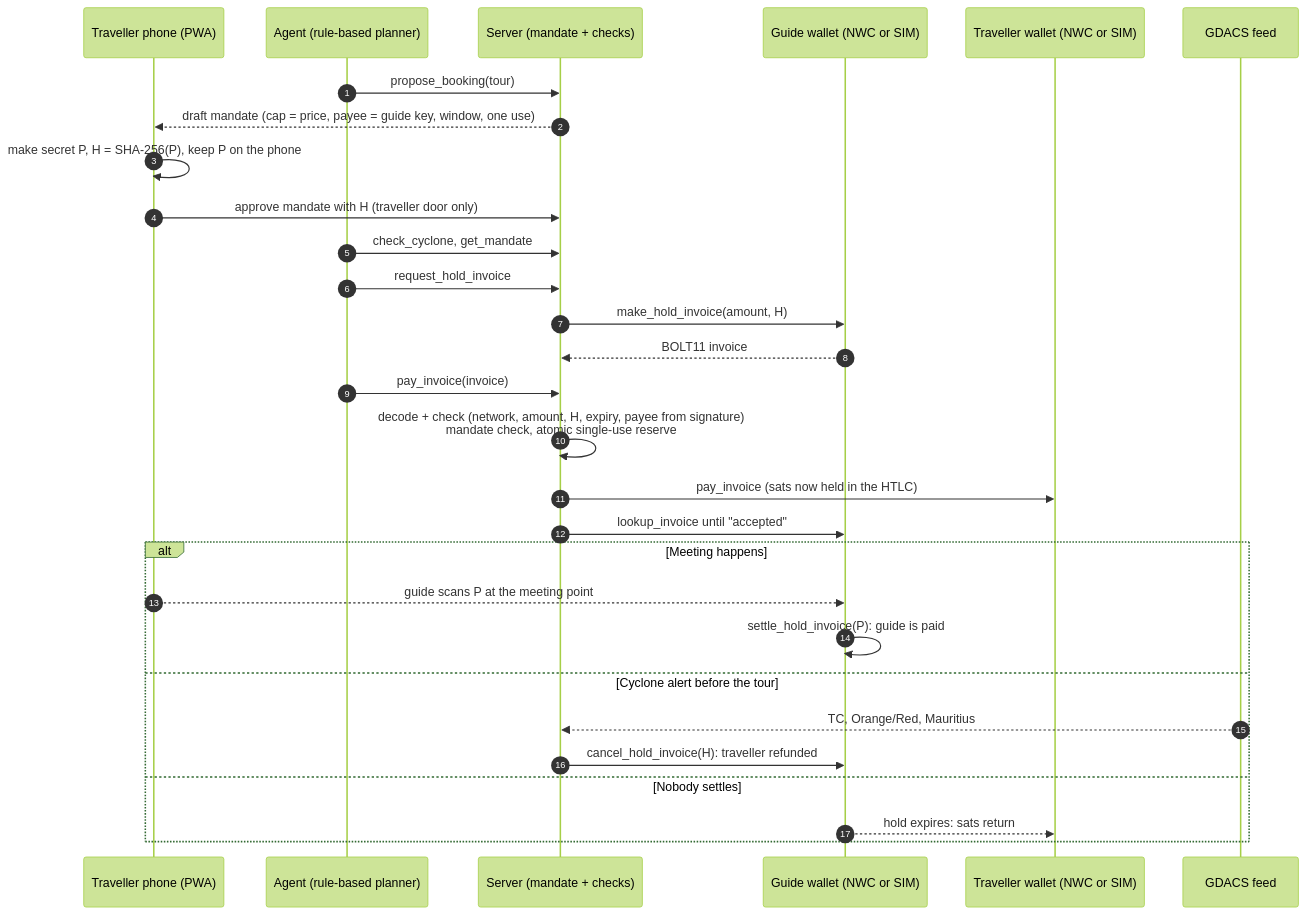
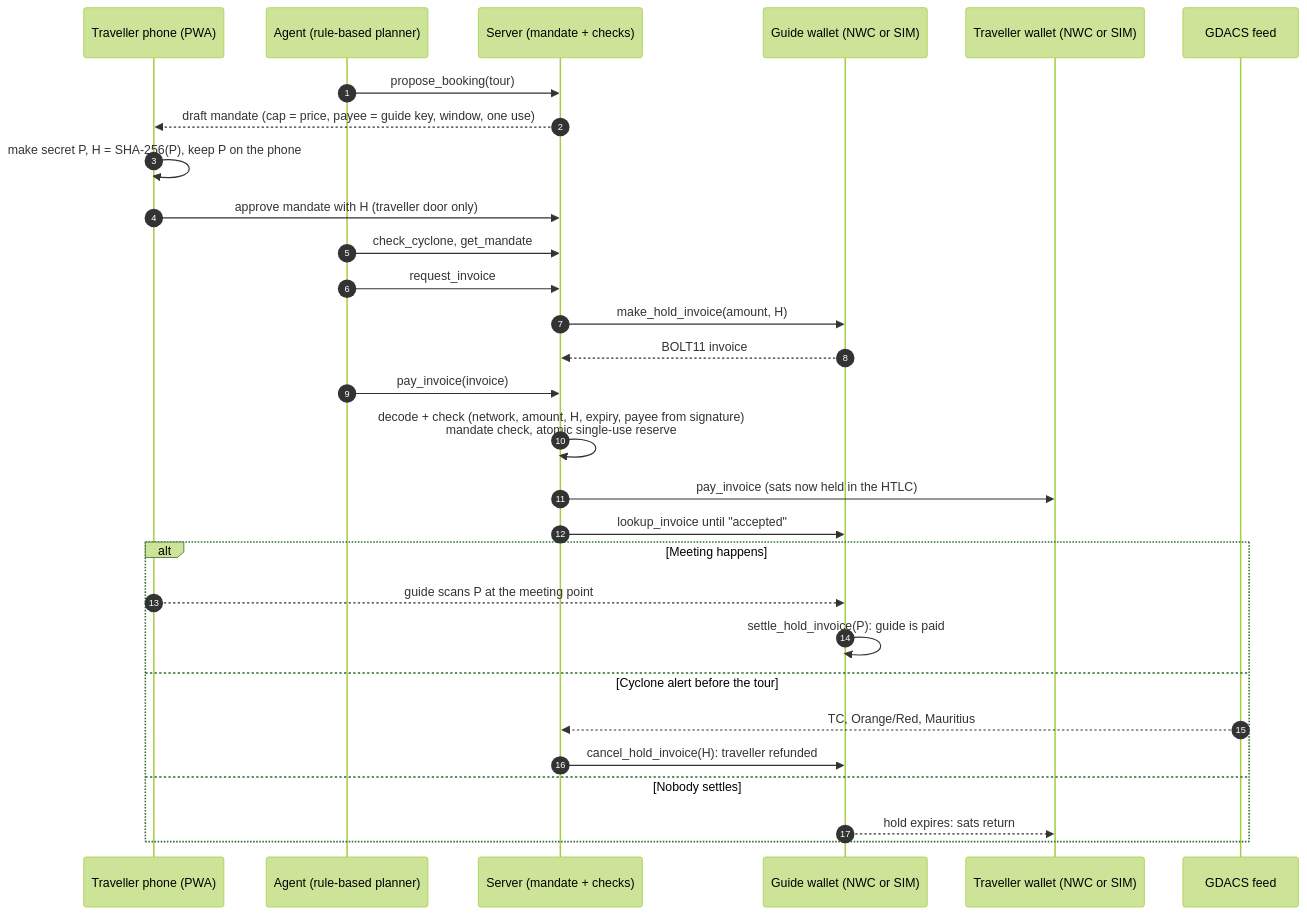
The first of 2 diagrams in docs/ARCHITECTURE.md (haidarally/GuideSats), drawn with Mermaid (forest theme) before and after one commit. The commit also changed 15 other files, not shown here.

````diff
--- a/docs/ARCHITECTURE.md
+++ b/docs/ARCHITECTURE.md
@@ -31,32 +31,32 @@
 ```mermaid
 sequenceDiagram
     autonumber
     participant T as Traveller phone (PWA)
     participant A as Agent (rule-based planner)
     participant S as Server (mandate + checks)
     participant GW as Guide wallet (NWC or SIM)
     participant TW as Traveller wallet (NWC or SIM)
     participant F as GDACS feed
 
     A->>S: propose_booking(tour)
     S-->>T: draft mandate (cap = price, payee = guide key, window, one use)
     T->>T: make secret P, H = SHA-256(P), keep P on the phone
     T->>S: approve mandate with H (traveller door only)
     A->>S: check_cyclone, get_mandate
-    A->>S: request_hold_invoice
+    A->>S: request_invoice
     S->>GW: make_hold_invoice(amount, H)
     GW-->>S: BOLT11 invoice
     A->>S: pay_invoice(invoice)
     S->>S: decode + check (network, amount, H, expiry, payee from signature)<br/>mandate check, atomic single-use reserve
     S->>TW: pay_invoice (sats now held in the HTLC)
     S->>GW: lookup_invoice until "accepted"
     alt Meeting happens
         T-->>GW: guide scans P at the meeting point
         GW->>GW: settle_hold_invoice(P): guide is paid
     else Cyclone alert before the tour
         F-->>S: TC, Orange/Red, Mauritius
         S->>GW: cancel_hold_invoice(H): traveller refunded
     else Nobody settles
         GW-->>TW: hold expires: sats return
     end
 ```
````
